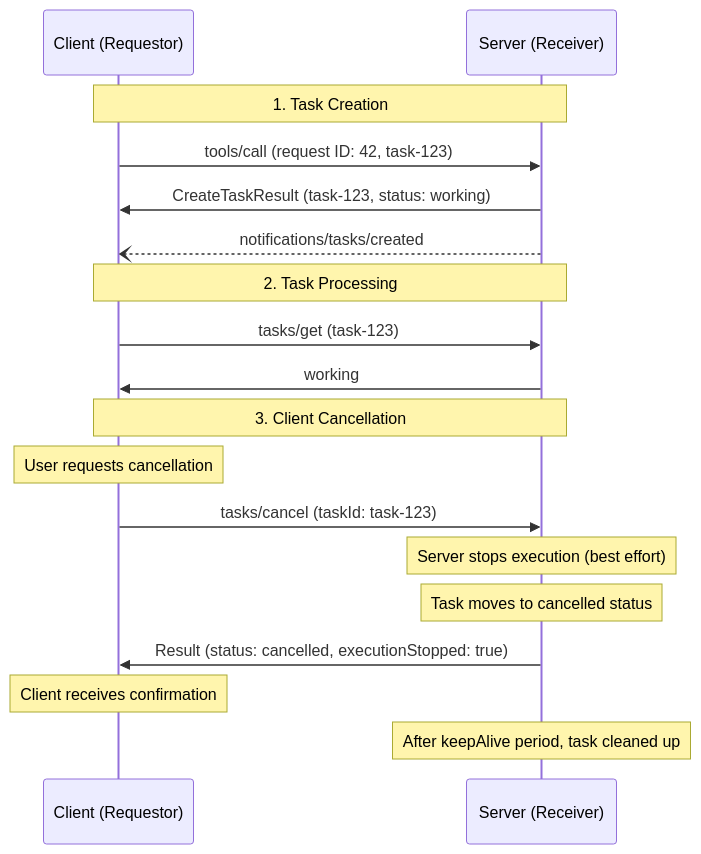
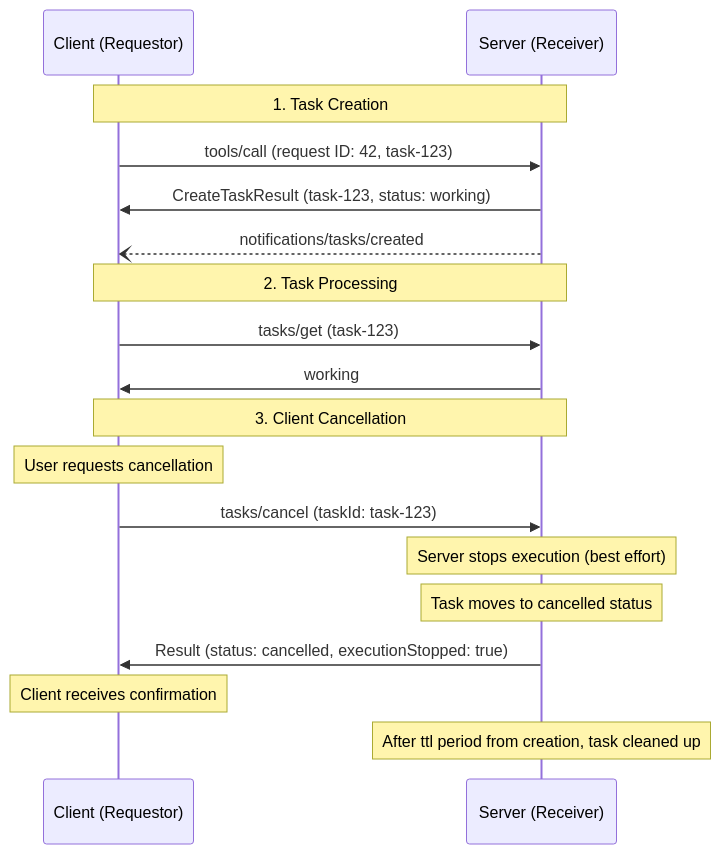
The fifth of 6 diagrams in docs/specification/draft/basic/utilities/tasks.mdx (scottslewis/modelcontextprotocol), drawn with Mermaid before and after one commit. The commit also changed other lines of this file and 3 other files, not shown here.

````diff
--- a/docs/specification/draft/basic/utilities/tasks.mdx
+++ b/docs/specification/draft/basic/utilities/tasks.mdx
@@ -612,27 +617,27 @@
 ```mermaid
 sequenceDiagram
     participant C as Client (Requestor)
     participant S as Server (Receiver)
 
     Note over C,S: 1. Task Creation
     C->>S: tools/call (request ID: 42, task-123)
     S->>C: CreateTaskResult (task-123, status: working)
     S--)C: notifications/tasks/created
 
     Note over C,S: 2. Task Processing
     C->>S: tasks/get (task-123)
     S->>C: working
 
     Note over C,S: 3. Client Cancellation
     Note over C: User requests cancellation
     C->>S: tasks/cancel (taskId: task-123)
 
     Note over S: Server stops execution (best effort)
     Note over S: Task moves to cancelled status
 
     S->>C: Result (status: cancelled, executionStopped: true)
 
     Note over C: Client receives confirmation
 
-    Note over S: After keepAlive period, task cleaned up
+    Note over S: After ttl period from creation, task cleaned up
 ```
````
